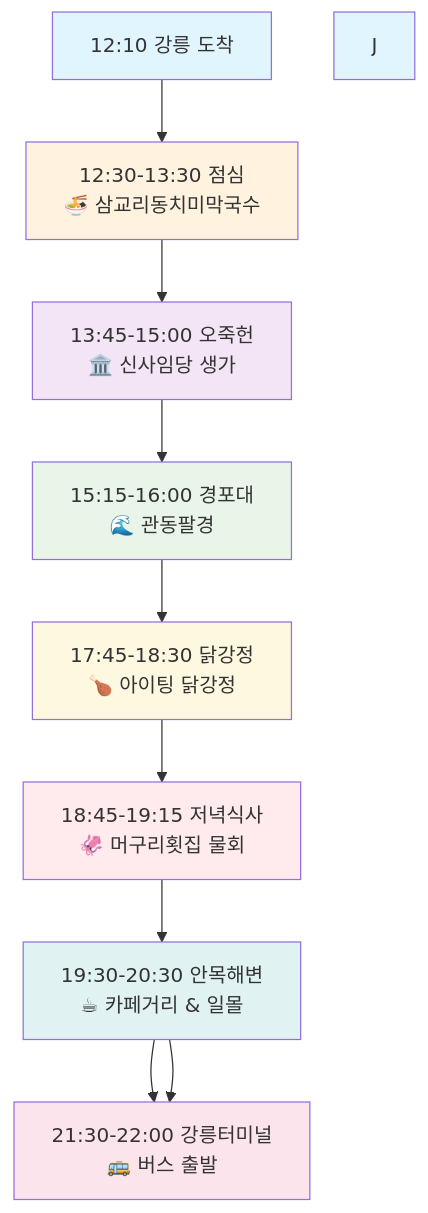
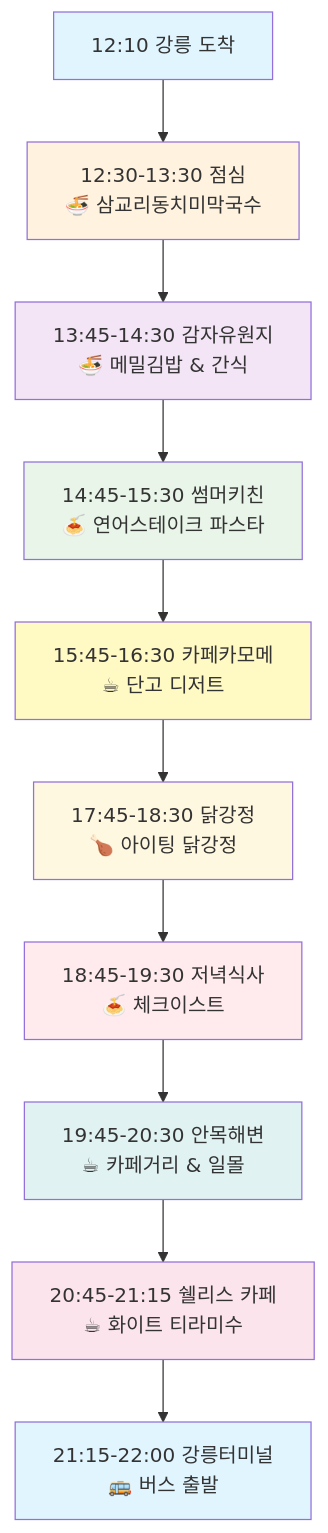
One commit to didghwns0514/matjib_search changed the first of 6 diagrams in travel-course-mermaid.md. Above: the diagram before and after it, drawn with Mermaid. The commit also changed other lines of this file and 3 other files, not shown here.

````diff
--- a/travel-course-mermaid.md
+++ b/travel-course-mermaid.md
@@ -6,21 +6,23 @@
 ```mermaid
 graph TD
     A[12:10 강릉 도착] --> B[12:30-13:30 점심<br/>🍜 삼교리동치미막국수]
-    B --> C[13:45-15:00 오죽헌<br/>🏛️ 신사임당 생가]
-    C --> D[15:15-16:00 경포대<br/>🌊 관동팔경]
-    D --> F[17:45-18:30 닭강정<br/>🍗 아이팅 닭강정]
-    F --> G[18:45-19:15 저녁식사<br/>🦑 머구리횟집 물회]
-    G --> H[19:30-20:30 안목해변<br/>☕ 카페거리 & 일몰]
-    H --> I[20:45-21:30 테라로사<br/>☕ 강릉 커피 본점]
-    H --> I[21:30-22:00 강릉터미널<br/>🚌 버스 출발]
+    B --> C[13:45-14:30 감자유원지<br/>🍜 메밀김밥 & 간식]
+    C --> D[14:45-15:30 썸머키친<br/>🍝 연어스테이크 파스타]
+    D --> E[15:45-16:30 카페카모메<br/>☕ 단고 디저트]
+    E --> F[17:45-18:30 닭강정<br/>🍗 아이팅 닭강정]
+    F --> G[18:45-19:30 저녁식사<br/>🍝 체크이스트]
+    G --> H[19:45-20:30 안목해변<br/>☕ 카페거리 & 일몰]
+    H --> I[20:45-21:15 쉘리스 카페<br/>☕ 화이트 티라미수]
+    I --> J[21:15-22:00 강릉터미널<br/>🚌 버스 출발]
 
     style A fill:#e1f5fe
     style B fill:#fff3e0
     style C fill:#f3e5f5
     style D fill:#e8f5e8
+    style E fill:#fff9c4
     style F fill:#fff8e1
     style G fill:#ffebee
     style H fill:#e0f2f1
     style I fill:#fce4ec
     style J fill:#e1f5fe
 ```
````
